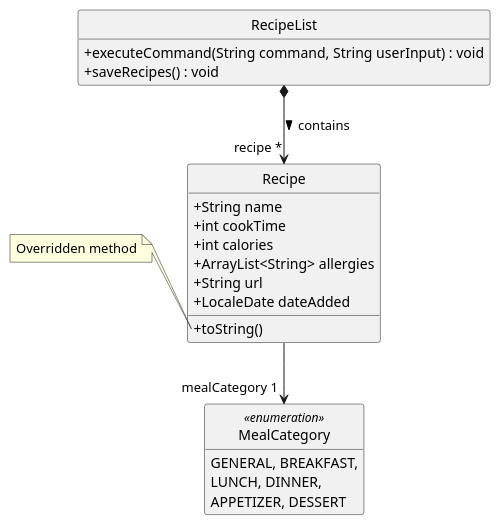
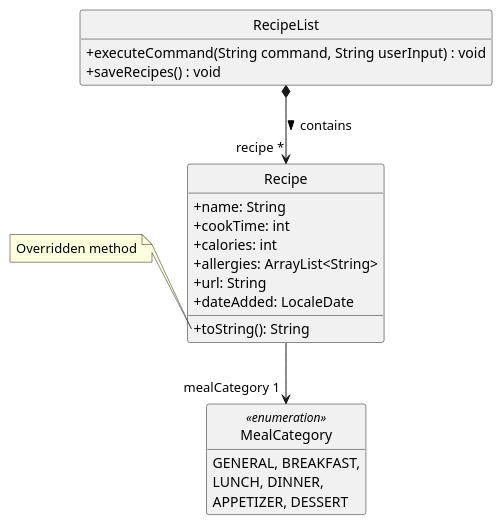
One commit to yuki-zmstr/tp changed the diagram in docs/diagrams/RecipeListDiagram.puml. Above: the diagram before and after it, drawn with PlantUML. The commit also changed 1 other file, not shown here.

Commit message:
Fix order of attribute to name: type

```diff
--- a/docs/diagrams/RecipeListDiagram.puml
+++ b/docs/diagrams/RecipeListDiagram.puml
@@ -1,37 +1,37 @@
 @startuml
 'https://plantuml.com/class-diagram
 
 hide circle
 hide empty members
 
 skinparam classAttributeIconSize 0
 class RecipeList {
 
     +executeCommand(String command, String userInput) : void
     +saveRecipes() : void
 }
 class Recipe {
-    +String name
-    +int cookTime
-    +int calories
-    +ArrayList<String> allergies
-    +String url
-    +LocaleDate dateAdded
-    +toString()
+    +name: String
+    +cookTime: int
+    +calories: int
+    +allergies: ArrayList<String>
+    +url: String
+    +dateAdded: LocaleDate
+    +toString(): String
 }
 
 note left of Recipe::"toString()"
     Overridden method
 end note
 
 RecipeList *--> "recipe *" Recipe : contains >
 
 Recipe --> "mealCategory 1" MealCategory
 
 enum MealCategory <<enumeration>> {
     GENERAL, BREAKFAST,
     LUNCH, DINNER,
     APPETIZER, DESSERT
 }
 
 @enduml
```
